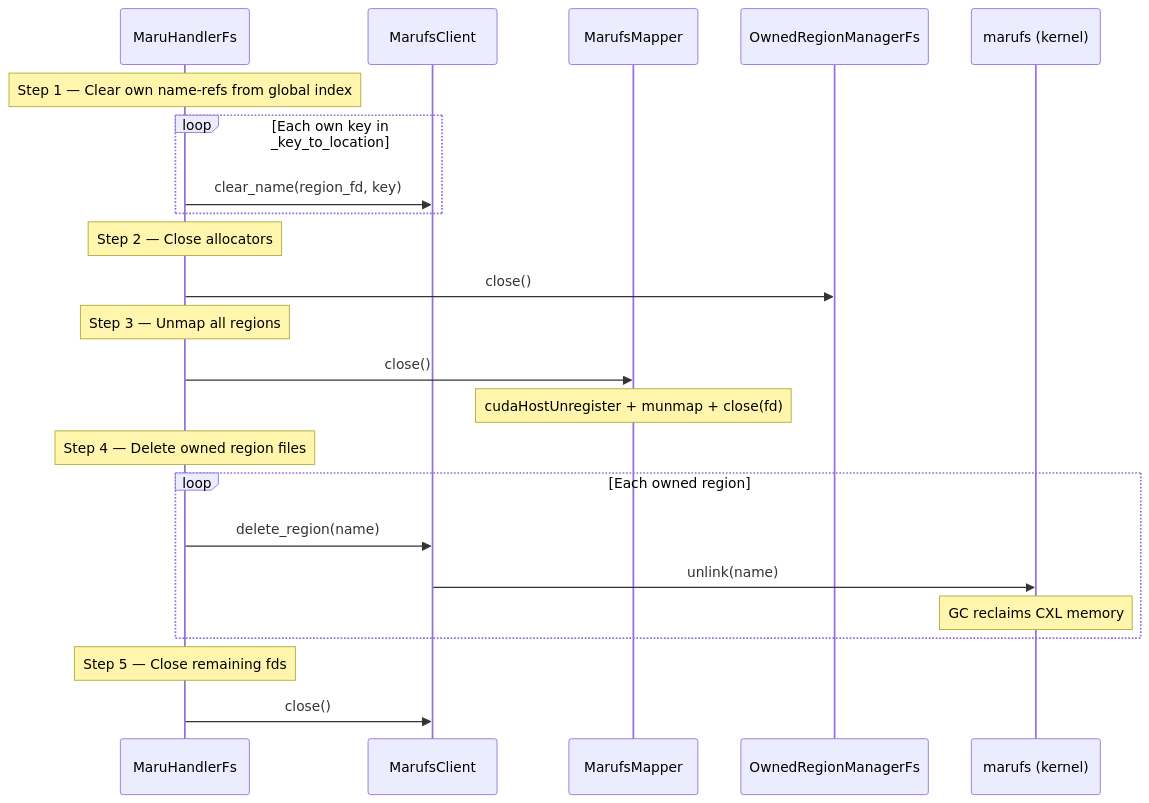
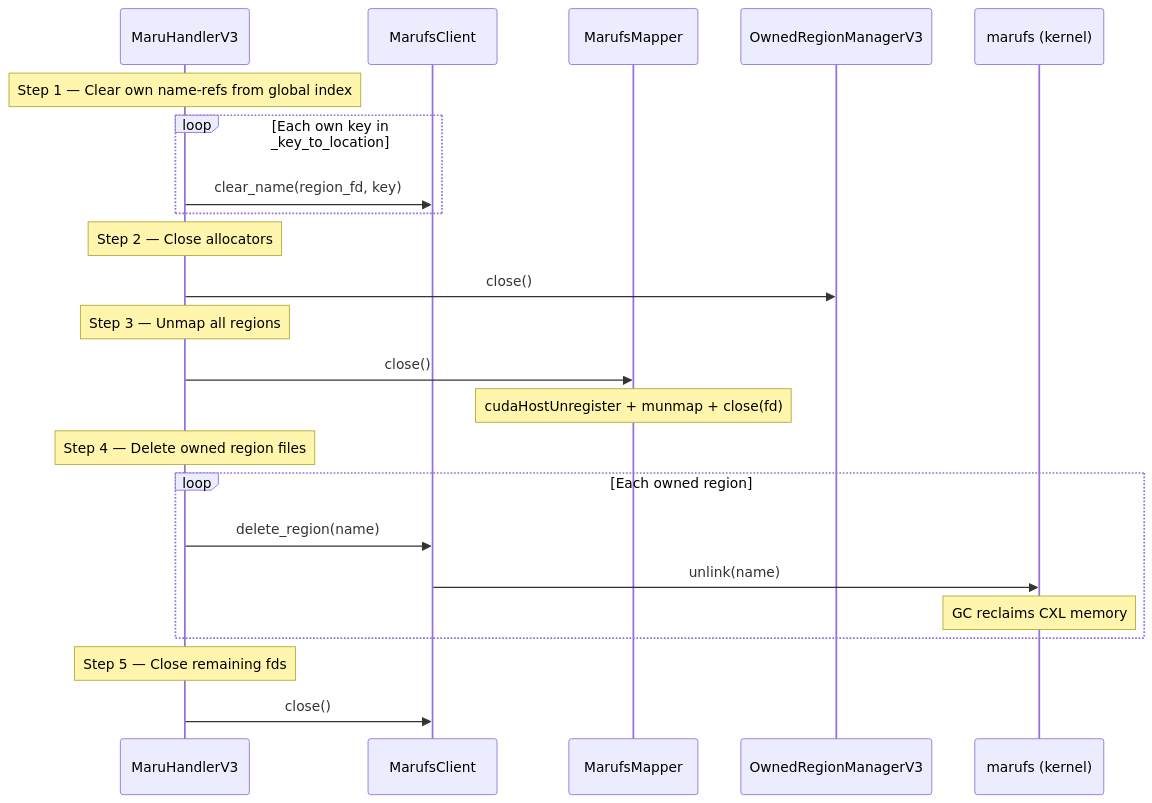
The fourth of 4 diagrams in docs/source/design_doc/maru_fs.md (seohui-XCENA/maru), drawn with Mermaid before and after one commit. The commit also changed other lines of this file and 30 other files, not shown here.

````diff
--- a/docs/source/design_doc/maru_fs.md
+++ b/docs/source/design_doc/maru_fs.md
@@ -182,30 +182,30 @@
 ```mermaid
 sequenceDiagram
-    participant H as MaruHandlerFs
+    participant H as MaruHandlerV3
     participant XC as MarufsClient
     participant XM as MarufsMapper
-    participant ORM as OwnedRegionManagerFs
+    participant ORM as OwnedRegionManagerV3
     participant K as marufs (kernel)
 
     Note over H: Step 1 — Clear own name-refs from global index
     loop Each own key in _key_to_location
         H->>XC: clear_name(region_fd, key)
     end
 
     Note over H: Step 2 — Close allocators
     H->>ORM: close()
 
     Note over H: Step 3 — Unmap all regions
     H->>XM: close()
     Note over XM: cudaHostUnregister + munmap + close(fd)
 
     Note over H: Step 4 — Delete owned region files
     loop Each owned region
         H->>XC: delete_region(name)
         XC->>K: unlink(name)
         Note over K: GC reclaims CXL memory
     end
 
     Note over H: Step 5 — Close remaining fds
     H->>XC: close()
 ```
````
